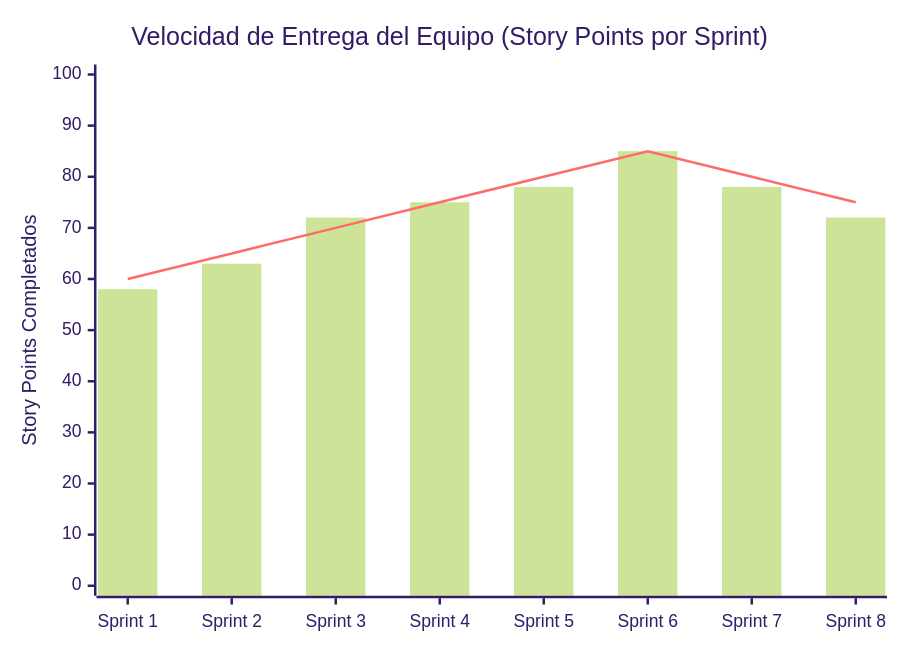
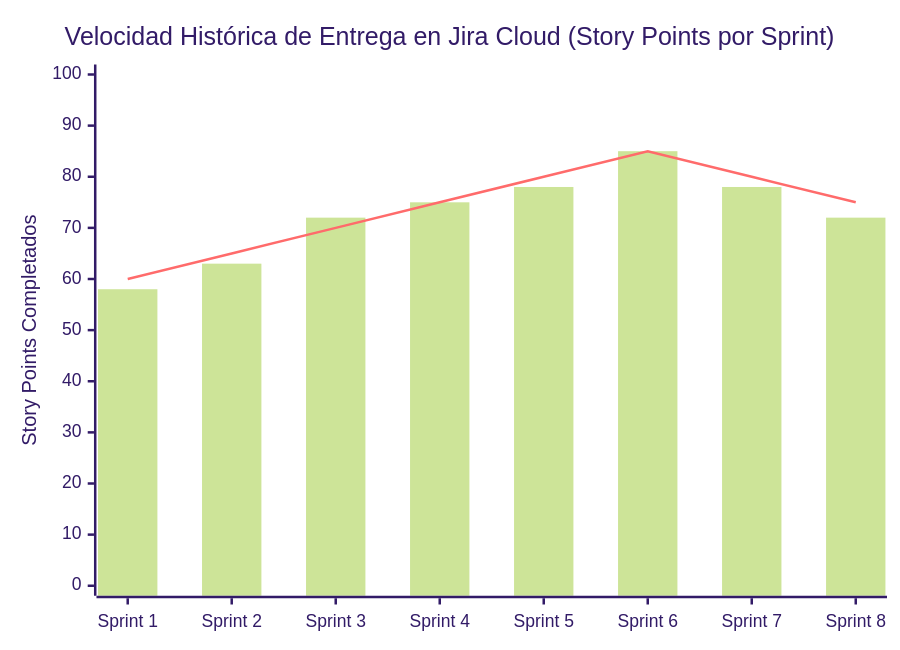
One commit to jojiz29/sportmatch-connect changed the diagram in 3_DOCUMENTO_MEDICIONES_AG_ES.md. Above: the diagram before and after it, drawn with Mermaid (forest theme). The commit also changed other lines of this file and 9 other files, not shown here.

````diff
--- a/3_DOCUMENTO_MEDICIONES_AG_ES.md
+++ b/3_DOCUMENTO_MEDICIONES_AG_ES.md
@@ -34,8 +46,8 @@
 ```mermaid
 xychart-beta
-    title "Velocidad de Entrega del Equipo (Story Points por Sprint)"
+    title "Velocidad Histórica de Entrega en Jira Cloud (Story Points por Sprint)"
     x-axis ["Sprint 1", "Sprint 2", "Sprint 3", "Sprint 4", "Sprint 5", "Sprint 6", "Sprint 7", "Sprint 8"]
     y-axis "Story Points Completados" 0 --> 100
     bar [58, 63, 72, 75, 78, 85, 78, 72]
     line [60, 65, 70, 75, 80, 85, 80, 75]
 ```
````
